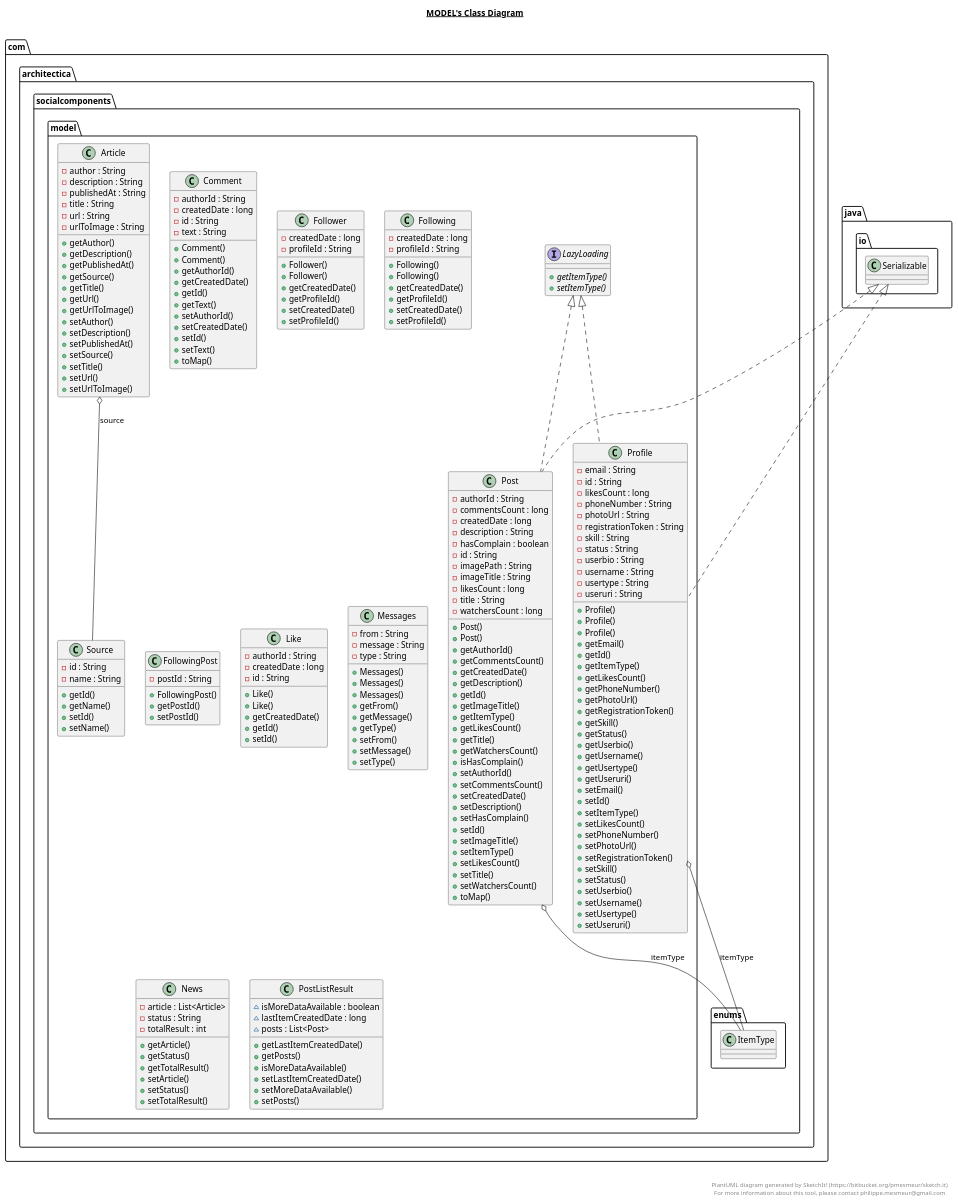
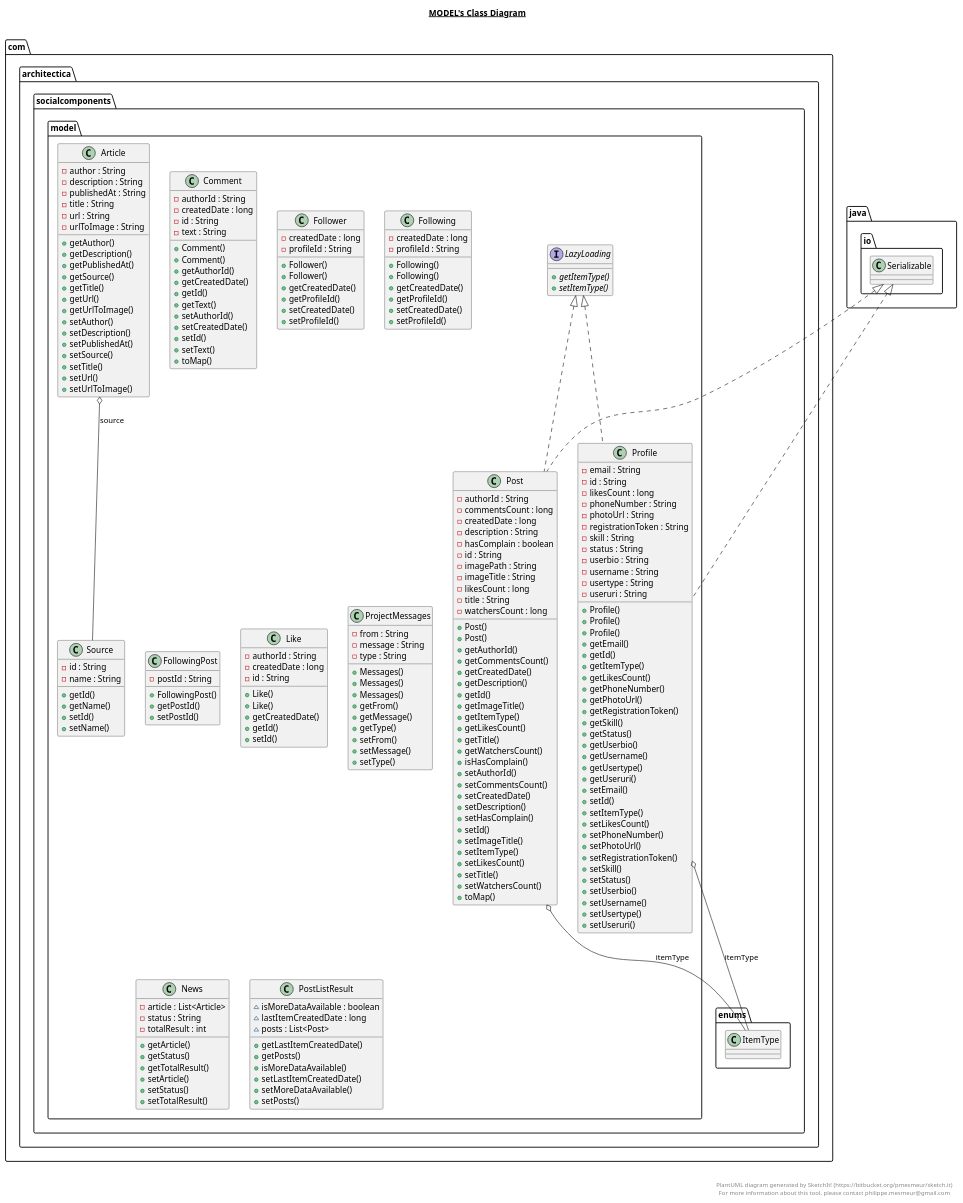
One commit to AryaAshish/ryft changed the diagram in app/src/main/java/com/architectica/socialcomponents/model/model.plantuml. Above: the diagram before and after it, drawn with PlantUML. The commit also changed 157 other files, not shown here.

```diff
--- a/app/src/main/java/com/architectica/socialcomponents/model/model.plantuml
+++ b/app/src/main/java/com/architectica/socialcomponents/model/model.plantuml
@@ -125,7 +125,7 @@
 
   namespace com.architectica.socialcomponents {
     namespace model {
-      class com.architectica.socialcomponents.model.Messages {
+      class com.architectica.socialcomponents.model.ProjectMessages {
           - from : String
           - message : String
           - type : String
```
